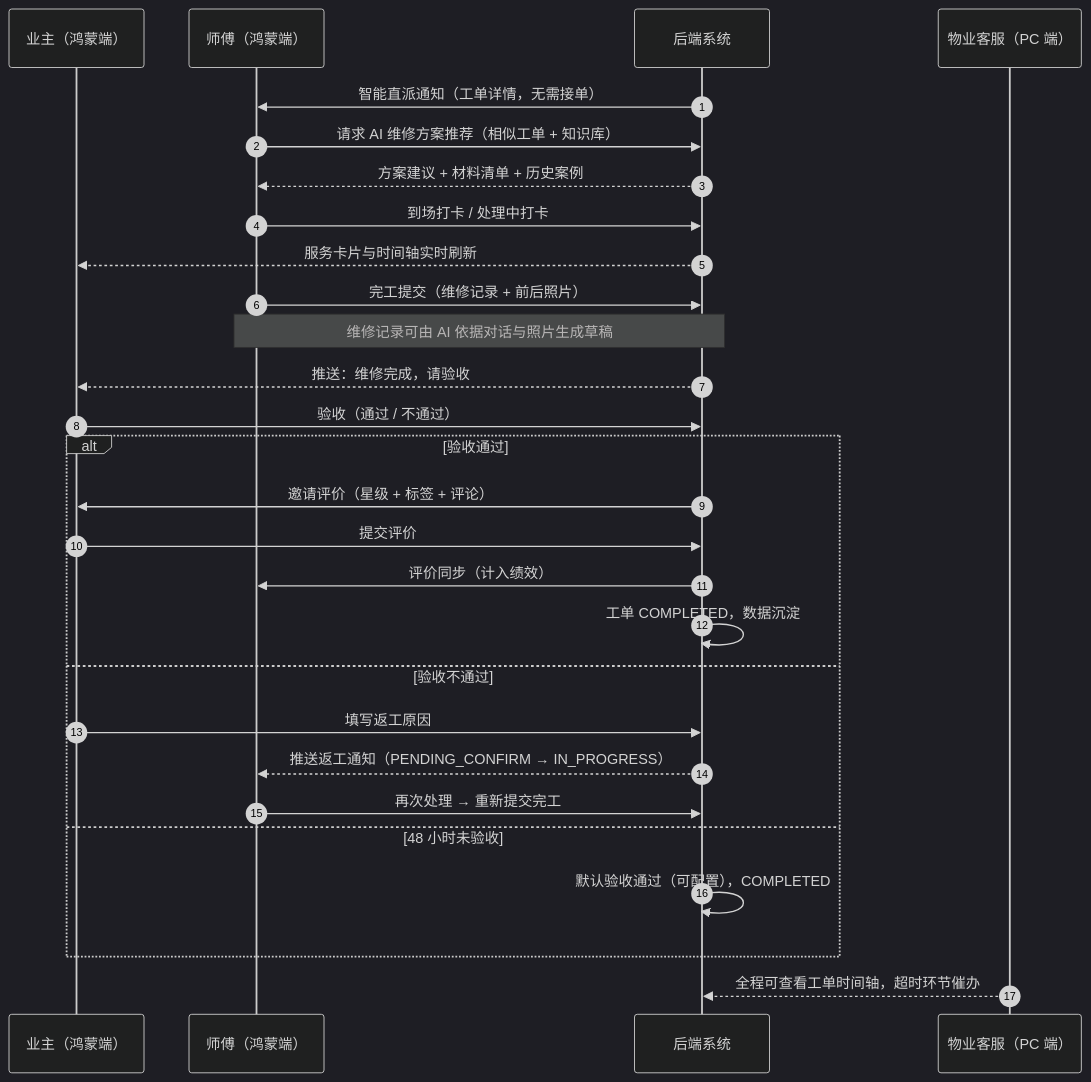
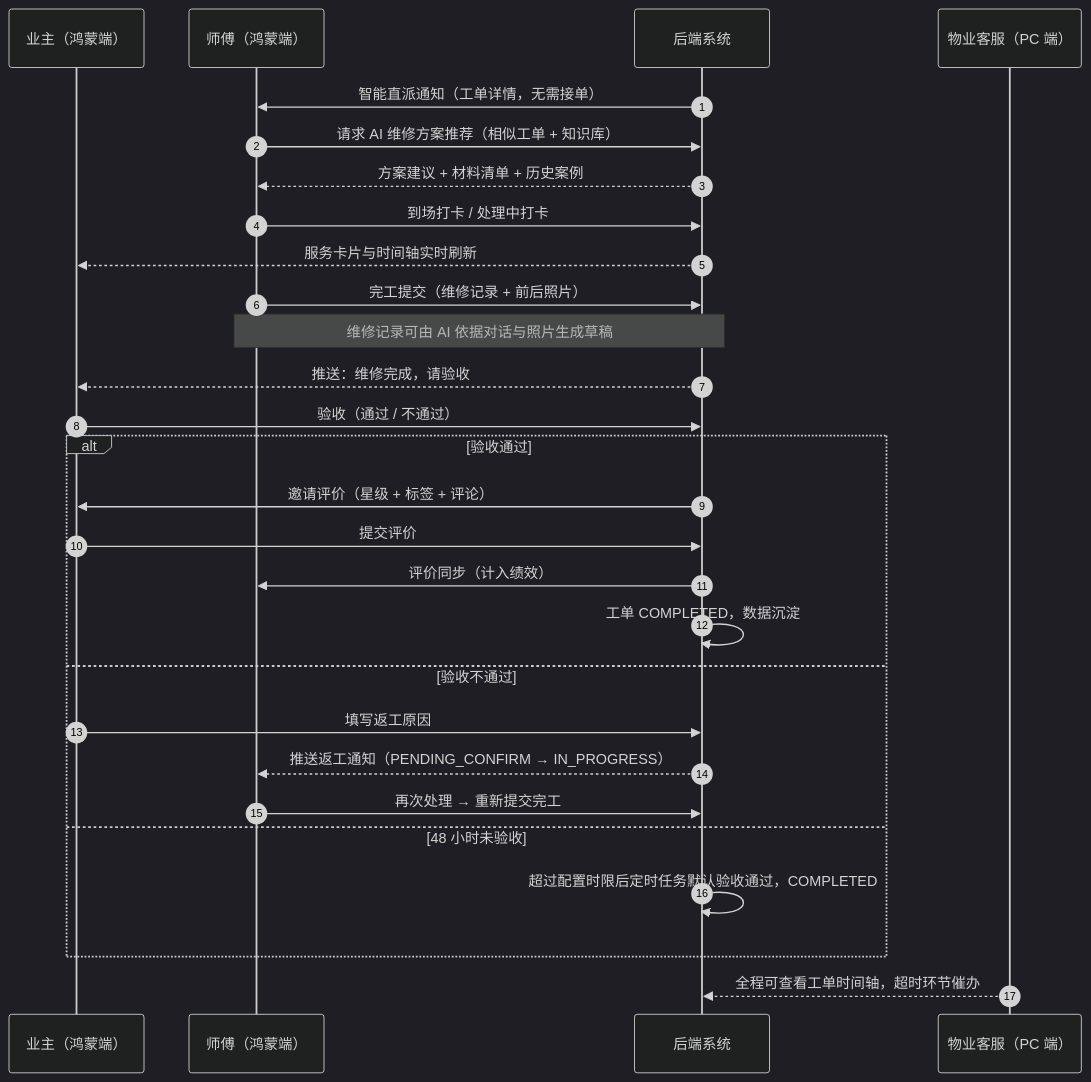
One commit to Zayu2005/WarrantyPro changed the sixth of 7 diagrams in docs/03-业务流程分析.md. Above: the diagram before and after it, drawn with Mermaid (dark theme). The commit also changed other lines of this file and 24 other files, not shown here.

````diff
--- a/docs/03-业务流程分析.md
+++ b/docs/03-业务流程分析.md
@@ -206,31 +206,31 @@
 ```mermaid
 sequenceDiagram
     autonumber
     participant O as 业主（鸿蒙端）
     participant W as 师傅（鸿蒙端）
     participant S as 后端系统
     participant C as 物业客服（PC 端）
 
     S->>W: 智能直派通知（工单详情，无需接单）
     W->>S: 请求 AI 维修方案推荐（相似工单 + 知识库）
     S-->>W: 方案建议 + 材料清单 + 历史案例
     W->>S: 到场打卡 / 处理中打卡
     S-->>O: 服务卡片与时间轴实时刷新
     W->>S: 完工提交（维修记录 + 前后照片）
     Note over W,S: 维修记录可由 AI 依据对话与照片生成草稿
     S-->>O: 推送：维修完成，请验收
     O->>S: 验收（通过 / 不通过）
     alt 验收通过
         S->>O: 邀请评价（星级 + 标签 + 评论）
         O->>S: 提交评价
         S->>W: 评价同步（计入绩效）
         S->>S: 工单 COMPLETED，数据沉淀
     else 验收不通过
         O->>S: 填写返工原因
         S-->>W: 推送返工通知（PENDING_CONFIRM → IN_PROGRESS）
         W->>S: 再次处理 → 重新提交完工
     else 48 小时未验收
-        S->>S: 默认验收通过（可配置），COMPLETED
+        S->>S: 超过配置时限后定时任务默认验收通过，COMPLETED
     end
     C-->>S: 全程可查看工单时间轴，超时环节催办
 ```
````
